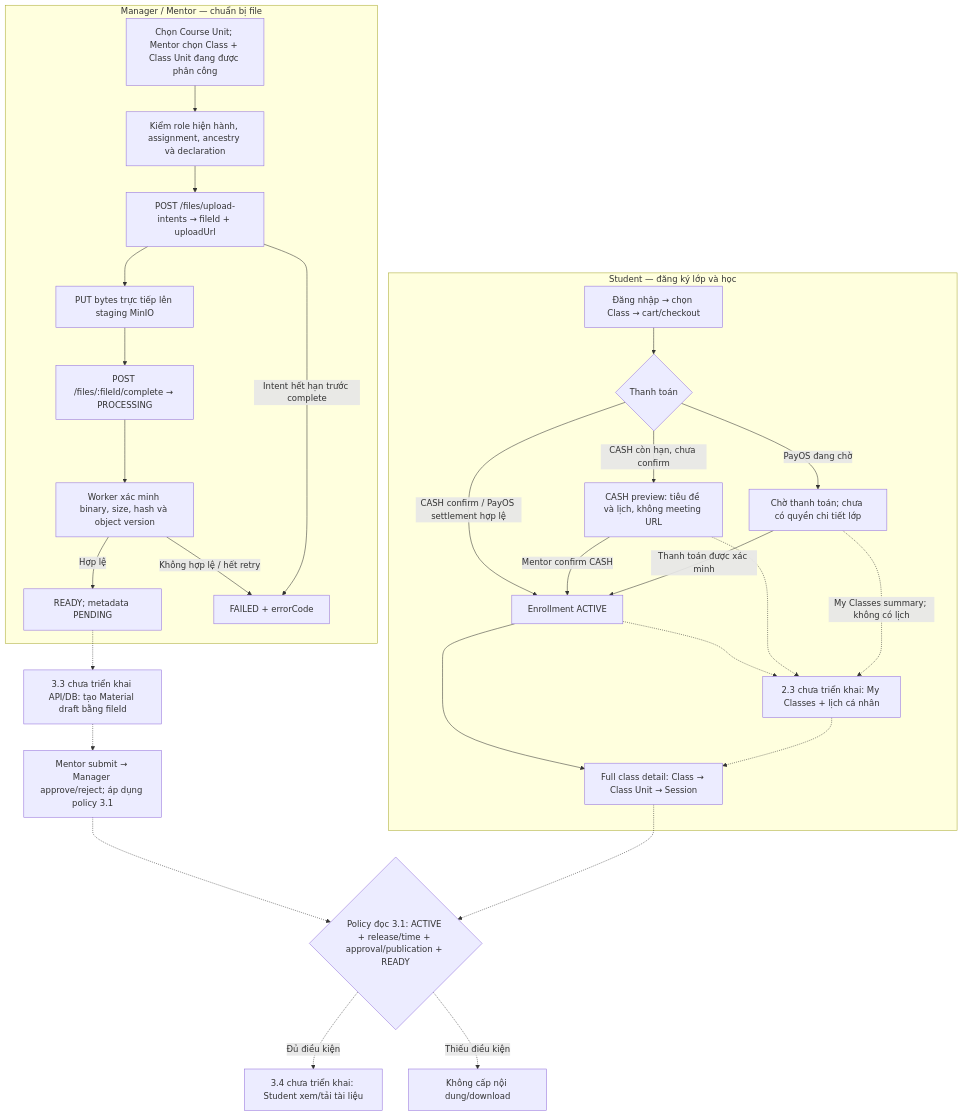
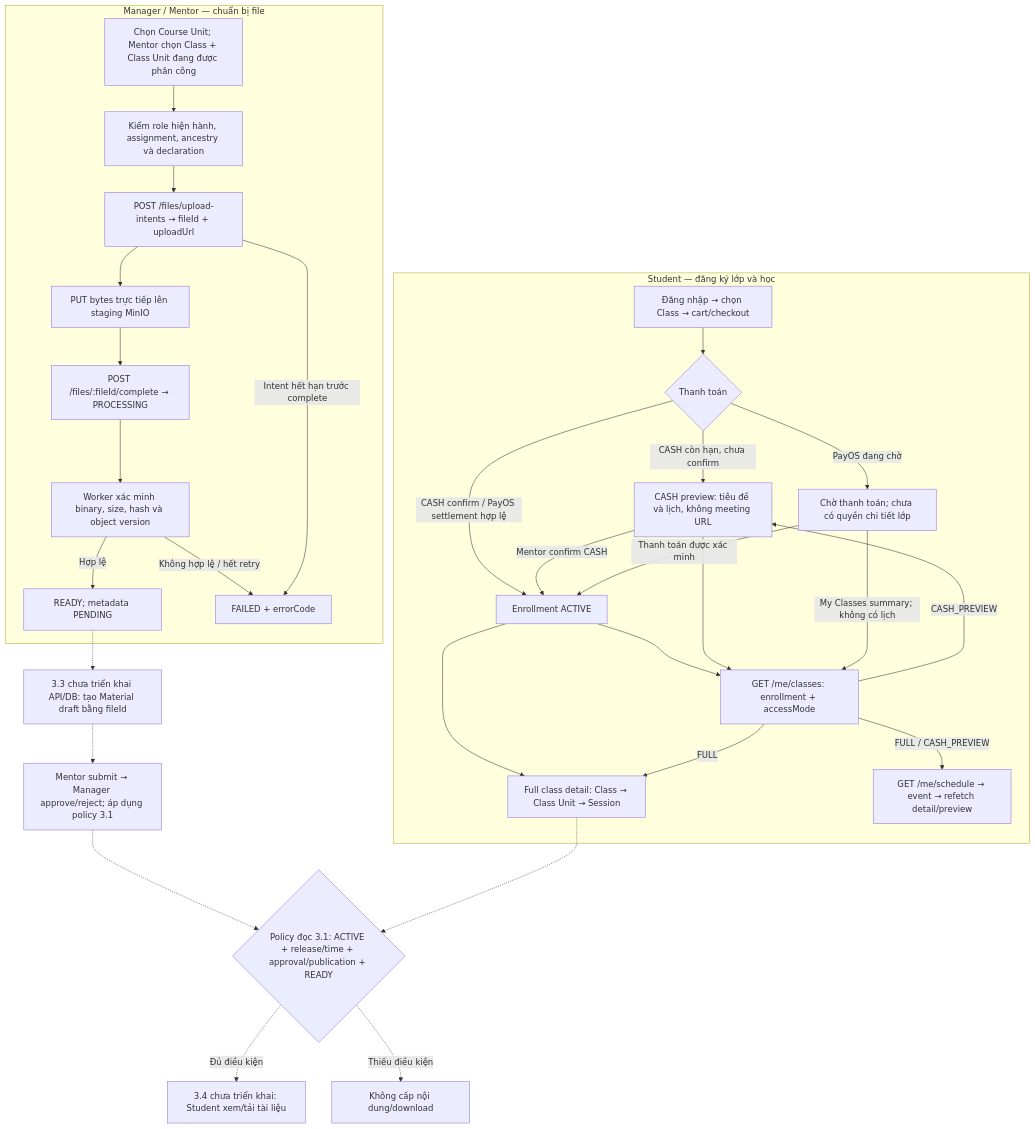
The first of 2 diagrams in docs/api_flow/PHASE_2_3_TO_3_2_FLOW.md (nhathuyck1/Mindy-BE), drawn with Mermaid before and after one commit. The commit also changed other lines of this file and 6 other files, not shown here.

First line of the commit message:
feat: Implement Phase 2.3 for My Classes and Personal Schedule

````diff
--- a/docs/api_flow/PHASE_2_3_TO_3_2_FLOW.md
+++ b/docs/api_flow/PHASE_2_3_TO_3_2_FLOW.md
@@ -26,32 +28,34 @@
 ```mermaid
 flowchart TD
   subgraph STUDENT["Student — đăng ký lớp và học"]
     S["Đăng nhập → chọn Class → cart/checkout"] --> O{"Thanh toán"}
     O -->|"CASH còn hạn, chưa confirm"| CP["CASH preview: tiêu đề và lịch, không meeting URL"]
     O -->|"PayOS đang chờ"| PP["Chờ thanh toán; chưa có quyền chi tiết lớp"]
     O -->|"CASH confirm / PayOS settlement hợp lệ"| EN["Enrollment ACTIVE"]
     EN --> DETAIL["Full class detail: Class → Class Unit → Session"]
     CP -->|"Mentor confirm CASH"| EN
     PP -->|"Thanh toán được xác minh"| EN
-    EN -.-> MY["2.3 chưa triển khai: My Classes + lịch cá nhân"]
-    CP -.-> MY
-    PP -.->|"My Classes summary; không có lịch"| MY
-    MY -.-> DETAIL
+    EN --> MY["GET /me/classes: enrollment + accessMode"]
+    CP --> MY
+    PP -->|"My Classes summary; không có lịch"| MY
+    MY -->|FULL| DETAIL
+    MY -->|CASH_PREVIEW| CP
+    MY -->|"FULL / CASH_PREVIEW"| CAL["GET /me/schedule → event → refetch detail/preview"]
   end
   subgraph AUTHOR["Manager / Mentor — chuẩn bị file"]
     U["Chọn Course Unit; Mentor chọn Class + Class Unit đang được phân công"] --> AUTH["Kiểm role hiện hành, assignment, ancestry và declaration"]
     AUTH --> INT["POST /files/upload-intents → fileId + uploadUrl"]
     INT --> PUT["PUT bytes trực tiếp lên staging MinIO"]
     PUT --> COMPLETE["POST /files/:fileId/complete → PROCESSING"]
     COMPLETE --> WORK["Worker xác minh binary, size, hash và object version"]
     WORK -->|"Hợp lệ"| READY["READY; metadata PENDING"]
     WORK -->|"Không hợp lệ / hết retry"| FAILED["FAILED + errorCode"]
     INT -->|"Intent hết hạn trước complete"| FAILED
   end
   READY -.-> MAT["3.3 chưa triển khai API/DB: tạo Material draft bằng fileId"]
   MAT -.-> REVIEW["Mentor submit → Manager approve/reject; áp dụng policy 3.1"]
   REVIEW -.-> GATE{"Policy đọc 3.1: ACTIVE + release/time + approval/publication + READY"}
   DETAIL -.-> GATE
   GATE -.->|"Đủ điều kiện"| READ["3.4 chưa triển khai: Student xem/tải tài liệu"]
   GATE -.->|"Thiếu điều kiện"| DENY["Không cấp nội dung/download"]
 ```
````
